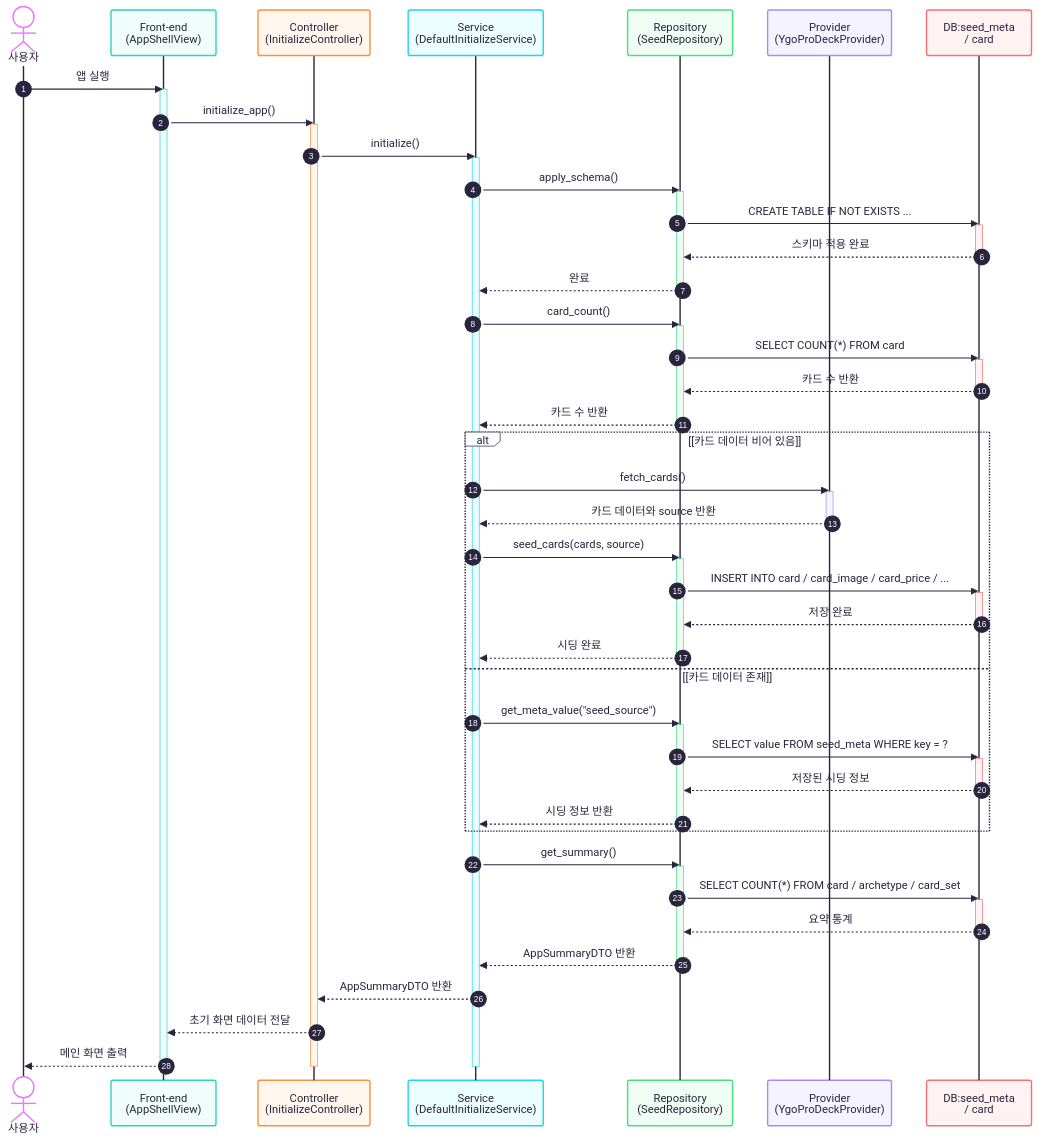
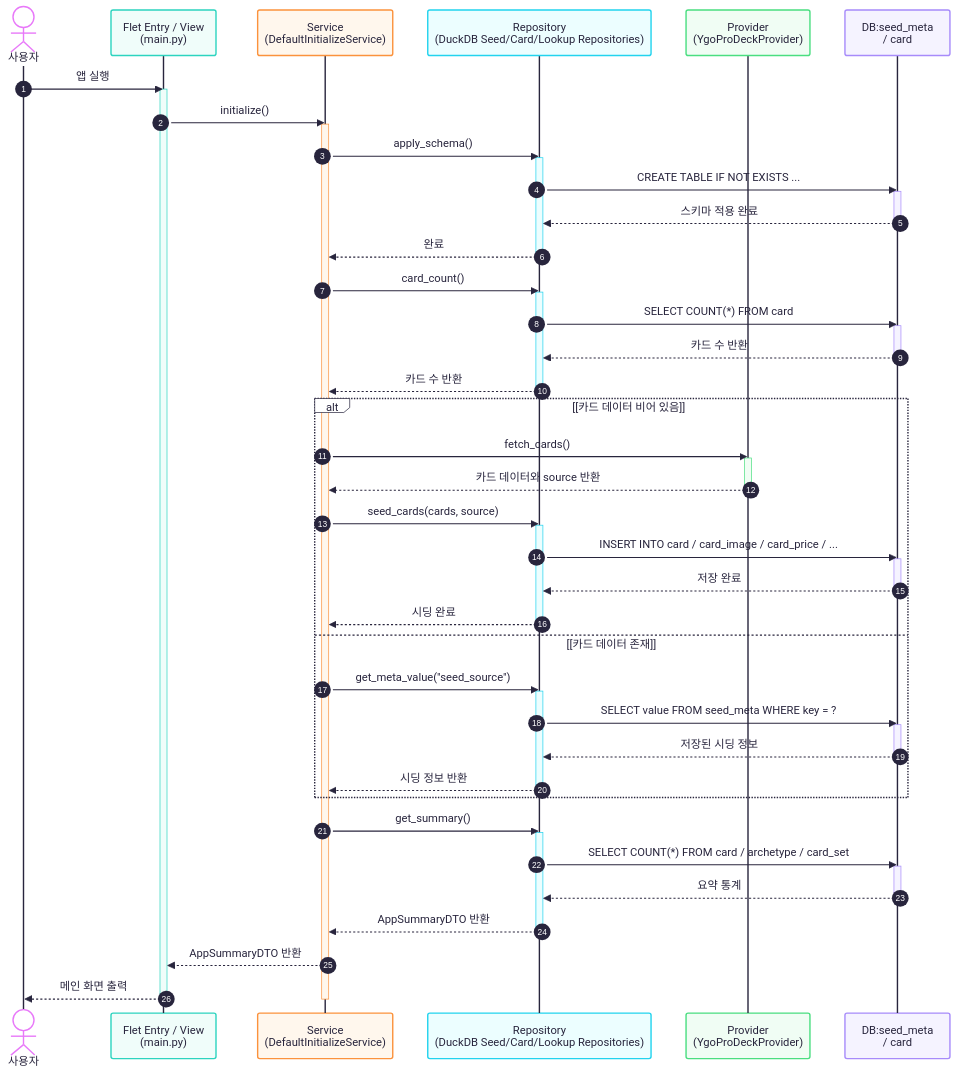
The diagram in docs/mermaid/04_seq_uc01_initialize.mmd (jsh42672/db_02_duckdb), drawn with Mermaid before and after one commit. The commit also changed 47 other files, not shown here.

```diff
--- a/docs/mermaid/04_seq_uc01_initialize.mmd
+++ b/docs/mermaid/04_seq_uc01_initialize.mmd
@@ -1,81 +1,76 @@
 ---
 config:
   theme: redux-color
 ---
 sequenceDiagram
     autonumber
 
     actor User as 사용자
-    participant FE as Front-end<br/>(AppShellView)
-    participant Ctrl as Controller<br/>(InitializeController)
+    participant Main as Flet Entry / View<br/>(main.py)
     participant Svc as Service<br/>(DefaultInitializeService)
-    participant Repo as Repository<br/>(SeedRepository)
+    participant Repo as Repository<br/>(DuckDB Seed/Card/Lookup Repositories)
     participant Provider as Provider<br/>(YgoProDeckProvider)
     participant DB as DB:seed_meta<br/>/ card
 
-    User->>FE: 앱 실행
-    activate FE
-    FE->>Ctrl: initialize_app()
-    activate Ctrl
-    Ctrl->>Svc: initialize()
+    User->>Main: 앱 실행
+    activate Main
+    Main->>Svc: initialize()
     activate Svc
 
     Svc->>Repo: apply_schema()
     activate Repo
     Repo->>DB: CREATE TABLE IF NOT EXISTS ...
     activate DB
     DB-->>Repo: 스키마 적용 완료
     deactivate DB
     Repo-->>Svc: 완료
     deactivate Repo
 
     Svc->>Repo: card_count()
     activate Repo
     Repo->>DB: SELECT COUNT(*) FROM card
     activate DB
     DB-->>Repo: 카드 수 반환
     deactivate DB
     Repo-->>Svc: 카드 수 반환
     deactivate Repo
 
     alt [카드 데이터 비어 있음]
         Svc->>Provider: fetch_cards()
         activate Provider
         Provider-->>Svc: 카드 데이터와 source 반환
         deactivate Provider
 
         Svc->>Repo: seed_cards(cards, source)
         activate Repo
         Repo->>DB: INSERT INTO card / card_image / card_price / ...
         activate DB
         DB-->>Repo: 저장 완료
         deactivate DB
         Repo-->>Svc: 시딩 완료
         deactivate Repo
     else [카드 데이터 존재]
         Svc->>Repo: get_meta_value("seed_source")
         activate Repo
         Repo->>DB: SELECT value FROM seed_meta WHERE key = ?
         activate DB
         DB-->>Repo: 저장된 시딩 정보
         deactivate DB
         Repo-->>Svc: 시딩 정보 반환
         deactivate Repo
     end
 
     Svc->>Repo: get_summary()
     activate Repo
     Repo->>DB: SELECT COUNT(*) FROM card / archetype / card_set
     activate DB
     DB-->>Repo: 요약 통계
     deactivate DB
     Repo-->>Svc: AppSummaryDTO 반환
     deactivate Repo
 
-    Svc-->>Ctrl: AppSummaryDTO 반환
-    Ctrl-->>FE: 초기 화면 데이터 전달
-    FE-->>User: 메인 화면 출력
+    Svc-->>Main: AppSummaryDTO 반환
+    Main-->>User: 메인 화면 출력
 
     deactivate Svc
-    deactivate Ctrl
-    deactivate FE
+    deactivate Main
```
